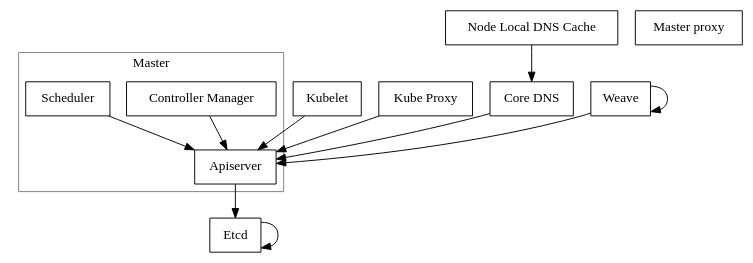
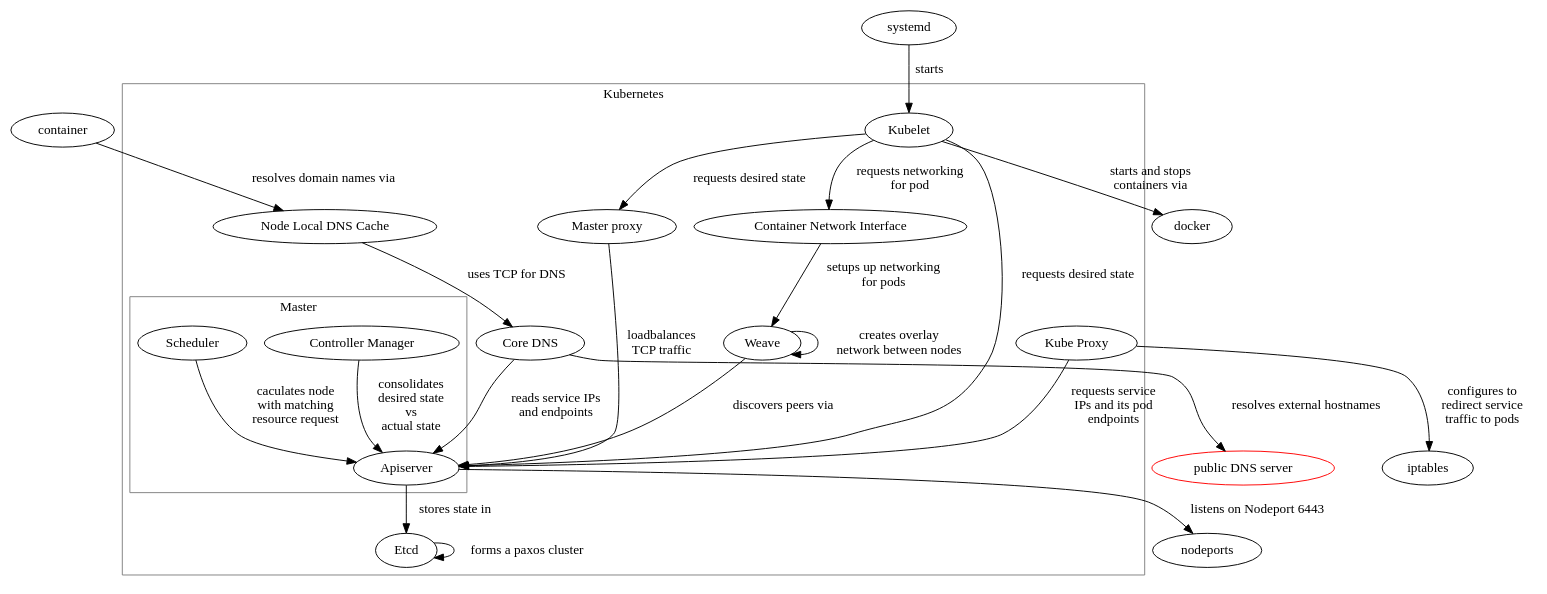
Before and after one commit to utopia-planitia/kubernetes: the diagram in dependencies.dot, drawn with Graphviz.

Commit message:
added dependency graph for documentation

```diff
--- a/dependencies.dot
+++ b/dependencies.dot
@@ -1,38 +1,50 @@
 digraph {
 
-node [shape=box];
+subgraph cluster_master {
+    label="Kubernetes";
+    color=grey;
+    
+    kubelet     [label="Kubelet"]
+    kubeproxy   [label="Kube Proxy"]
+    masterproxy [label="Master proxy"]
+    dnscache    [label="Node Local DNS Cache"]
+    internaldns [label="Core DNS"]
+    etcd        [label="Etcd"]
+    weave       [label="Weave"]
+    cni         [label="Container Network Interface"]
 
-apiserver   [label="Apiserver"]
-controller  [label="Controller Manager"]
-scheduler   [label="Scheduler"]
-kubelet     [label="Kubelet"]
-kubeproxy   [label="Kube Proxy"]
-masterproxy [label="Master proxy"]
-dnscache    [label="Node Local DNS Cache"]
-dns         [label="Core DNS"]
-etcd        [label="Etcd"]
-weave       [label="Weave"]
+    subgraph cluster_master {
+        label="Master";
+        color=grey;
 
-subgraph cluster_master {
-    label="Master";
-    color=grey;
+        apiserver   [label="Apiserver"]
+        controller  [label="Controller Manager"]
+        scheduler   [label="Scheduler"]
+    }
 
-    apiserver
-    controller
-    scheduler
-
-    { rank=same controller scheduler }
 }
 
-etcd -> etcd
-apiserver -> etcd
-controller -> apiserver
-scheduler -> apiserver
-kubelet -> apiserver
-kubeproxy -> apiserver
-weave -> apiserver
-weave -> weave
-dns -> apiserver
-dnscache -> dns
+upstream_dns [label="public DNS server",color="red"]
+
+etcd -> etcd                [label="forms a paxos cluster"]
+apiserver -> etcd           [label="stores state in"]
+apiserver -> nodeports      [label="listens on Nodeport 6443"]
+controller -> apiserver     [label="consolidates\ndesired state\nvs\nactual state "]
+scheduler -> apiserver      [label="caculates node\nwith matching\nresource request"]
+kubelet -> apiserver        [label="requests desired state"]
+kubelet -> masterproxy      [label="requests desired state"]
+masterproxy -> apiserver    [label="loadbalances\nTCP traffic"]
+systemd -> kubelet          [label="starts"]
+container -> dnscache       [label="resolves domain names via"]
+kubelet -> docker           [label="starts and stops\ncontainers via"]
+kubelet -> cni              [label="requests networking\nfor pod"]
+cni -> weave                [label="setups up networking\nfor pods"]
+kubeproxy -> apiserver      [label="requests service\nIPs and its pod\nendpoints"]
+kubeproxy -> iptables       [label="configures to\nredirect service\ntraffic to pods"]
+weave -> apiserver          [label="discovers peers via"]
+weave -> weave              [label="creates overlay\nnetwork between nodes"]
+internaldns -> apiserver    [label="reads service IPs\nand endpoints"]
+internaldns -> upstream_dns [label="resolves external hostnames"]
+dnscache -> internaldns     [label="uses TCP for DNS"]
 
 }
```
